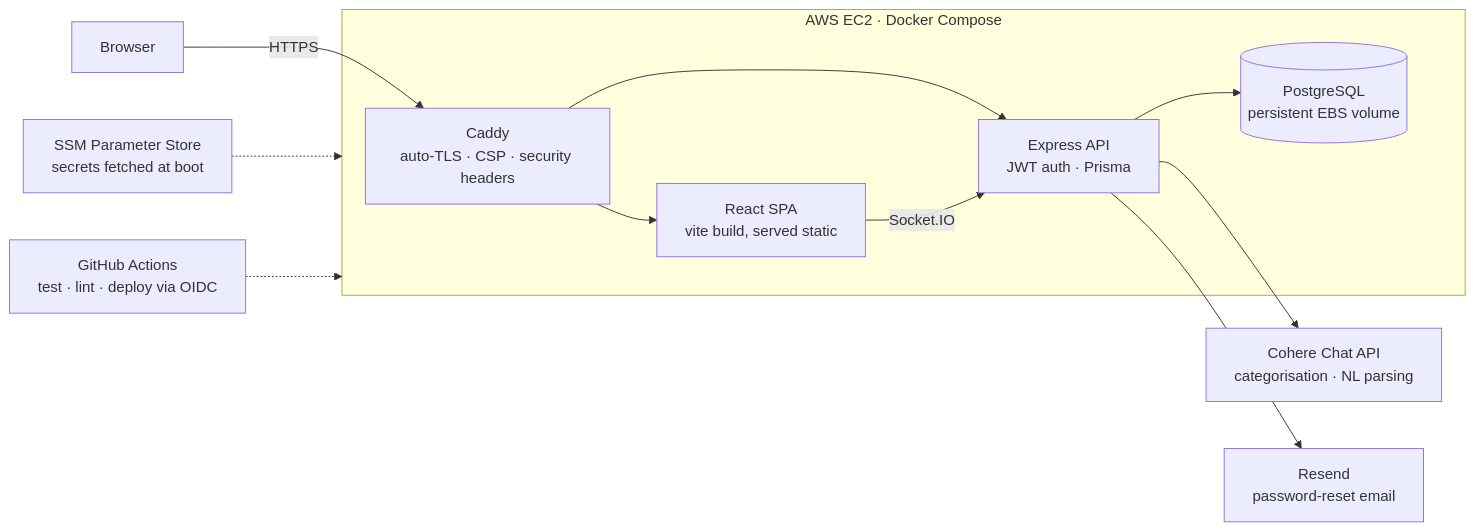
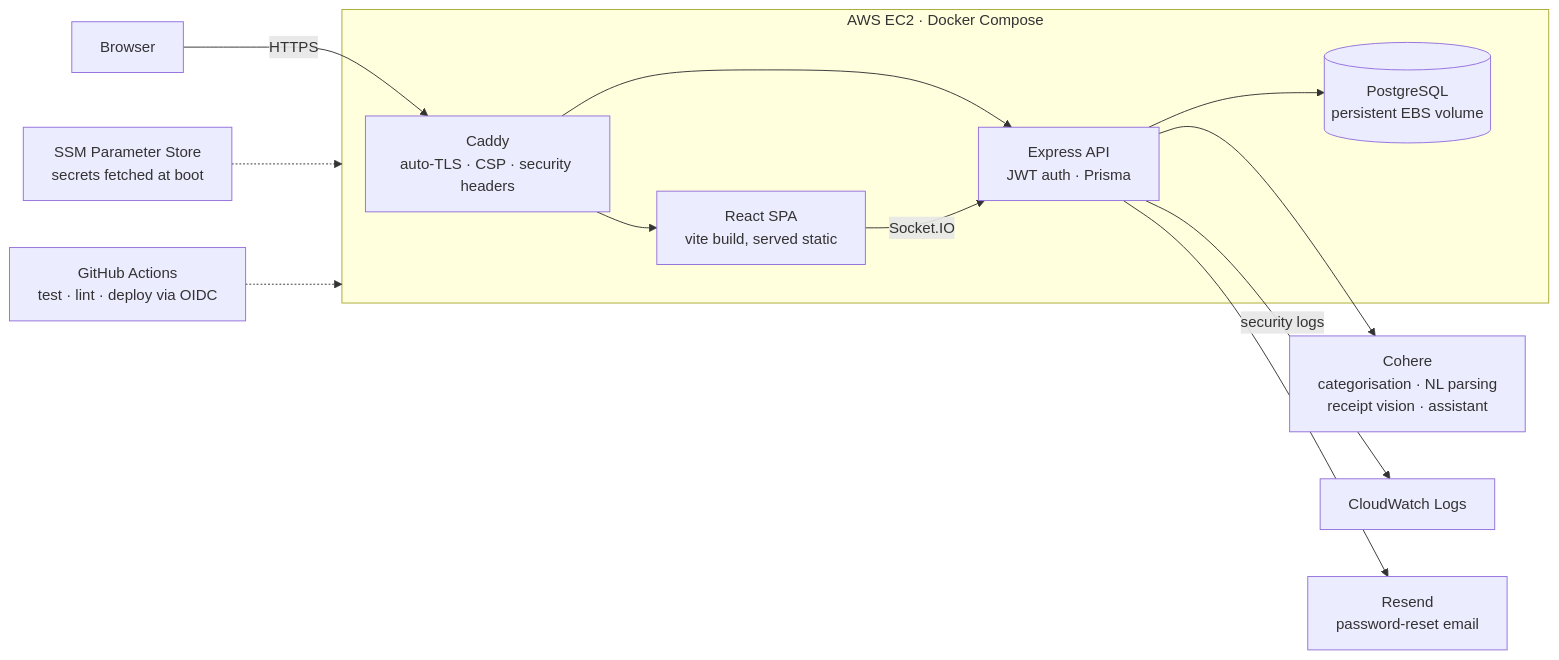
Before and after one commit to rmeera-projs/splitfinance: the diagram in README.md, drawn with Mermaid. The commit also changed other lines of this file, not shown here.

First line of the commit message:
Bring the README up to date with the assistant, receipts, search and export

````diff
--- a/README.md
+++ b/README.md
@@ -31,20 +31,21 @@
 ```mermaid
 flowchart LR
     U["Browser"] -->|HTTPS| C
 
     subgraph EC2["AWS EC2 · Docker Compose"]
         C["Caddy<br/>auto-TLS · CSP · security headers"]
         F["React SPA<br/>vite build, served static"]
         A["Express API<br/>JWT auth · Prisma"]
         DB[("PostgreSQL<br/>persistent EBS volume")]
         C --> F
         C --> A
         F -->|Socket.IO| A
         A --> DB
     end
 
-    A --> CO["Cohere Chat API<br/>categorisation · NL parsing"]
+    A --> CO["Cohere<br/>categorisation · NL parsing<br/>receipt vision · assistant"]
+    A -->|security logs| CW["CloudWatch Logs"]
     A --> RE["Resend<br/>password-reset email"]
     SSM["SSM Parameter Store<br/>secrets fetched at boot"] -.-> EC2
     GH["GitHub Actions<br/>test · lint · deploy via OIDC"] -.-> EC2
 ```
````
